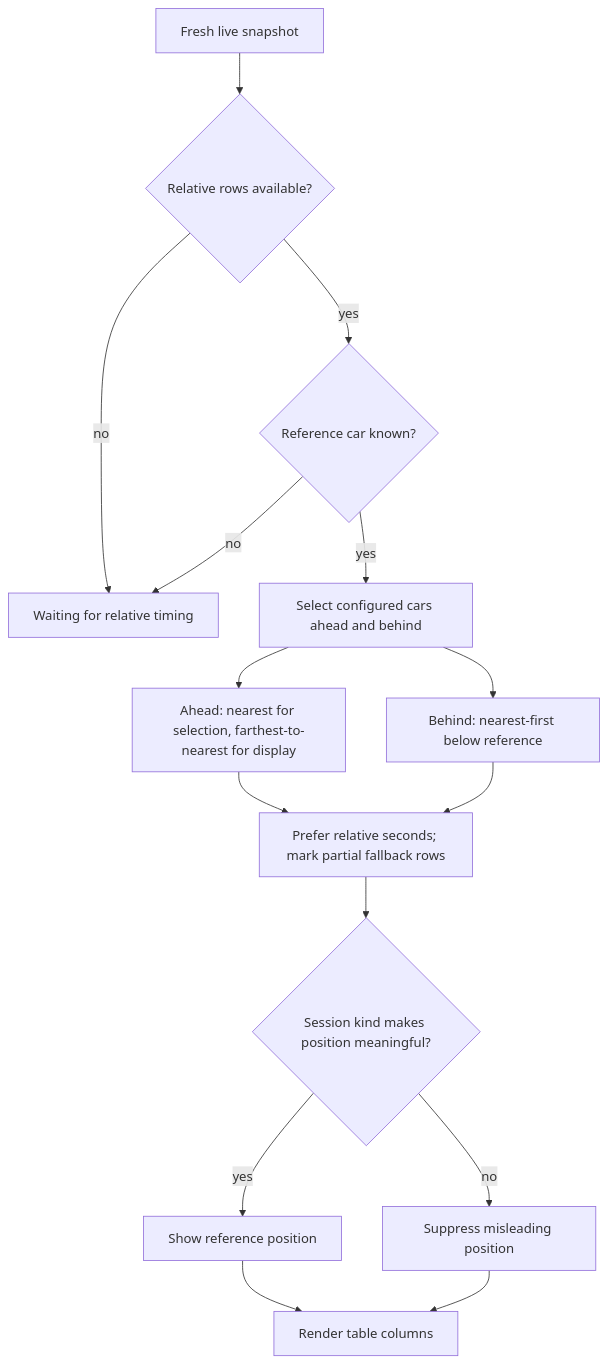
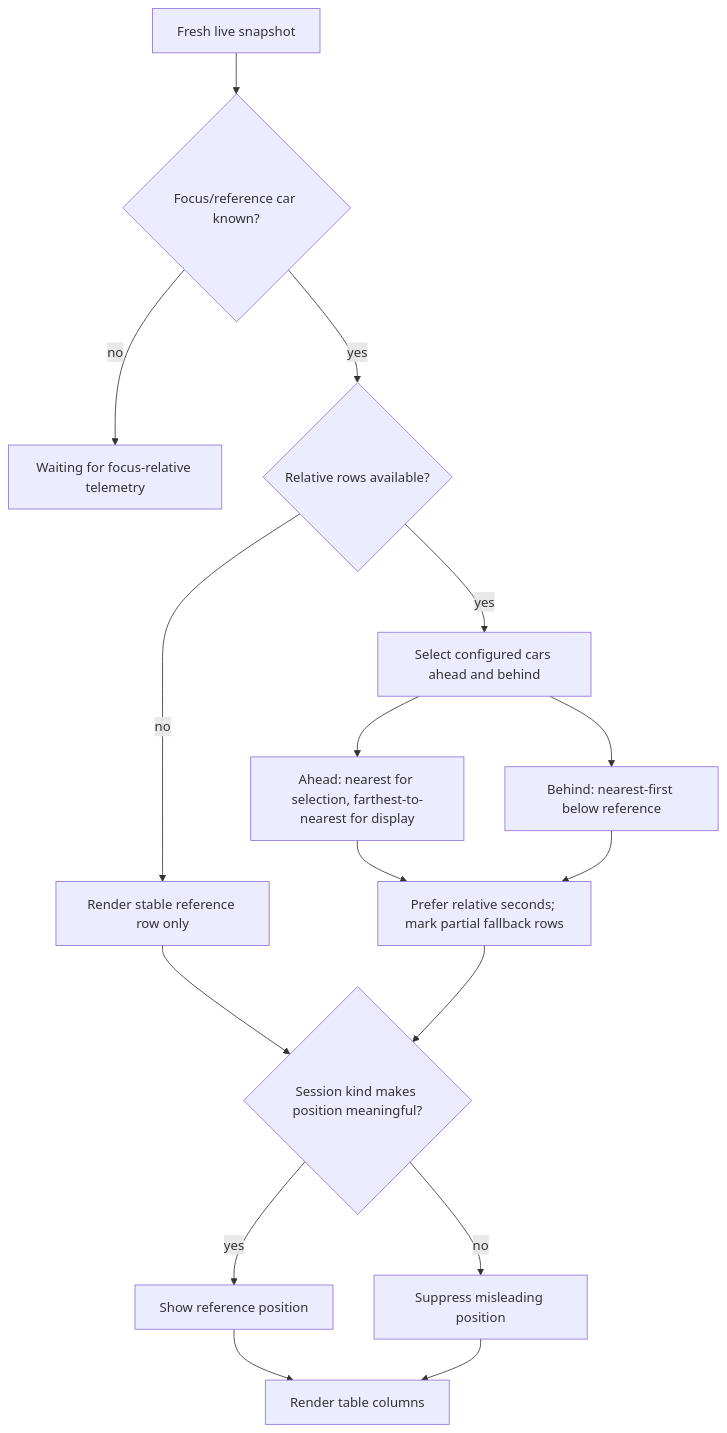
Before and after one commit to Boucher-David/tmrOverlay: the fourth of 16 diagrams in docs/overlay-flow-diagrams.md, drawn with Mermaid. The commit also changed other lines of this file and 49 other files, not shown here.

````diff
--- a/docs/overlay-flow-diagrams.md
+++ b/docs/overlay-flow-diagrams.md
@@ -61,17 +63,18 @@
 ```mermaid
 flowchart TD
-    Start["Fresh live snapshot"] --> Rows{"Relative rows available?"}
-    Rows -- no --> Waiting["Waiting for relative timing"]
-    Rows -- yes --> Ref{"Reference car known?"}
-    Ref -- no --> Waiting
-    Ref -- yes --> Window["Select configured cars ahead and behind"]
+    Start["Fresh live snapshot"] --> Ref{"Focus/reference car known?"}
+    Ref -- no --> Waiting["Waiting for focus-relative telemetry"]
+    Ref -- yes --> Rows{"Relative rows available?"}
+    Rows -- no --> ReferenceOnly["Render stable reference row only"]
+    Rows -- yes --> Window["Select configured cars ahead and behind"]
+    ReferenceOnly --> Position
     Window --> Ahead["Ahead: nearest for selection, farthest-to-nearest for display"]
     Window --> Behind["Behind: nearest-first below reference"]
     Ahead --> Evidence["Prefer relative seconds; mark partial fallback rows"]
     Behind --> Evidence
     Evidence --> Position{"Session kind makes position meaningful?"}
     Position -- yes --> ShowPos["Show reference position"]
     Position -- no --> HidePos["Suppress misleading position"]
     ShowPos --> Render["Render table columns"]
     HidePos --> Render
 ```
````
